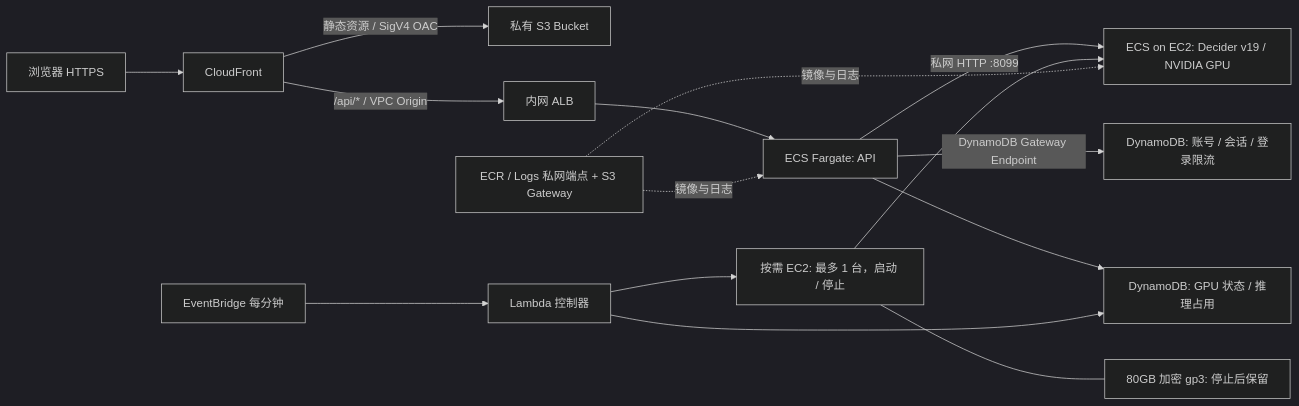
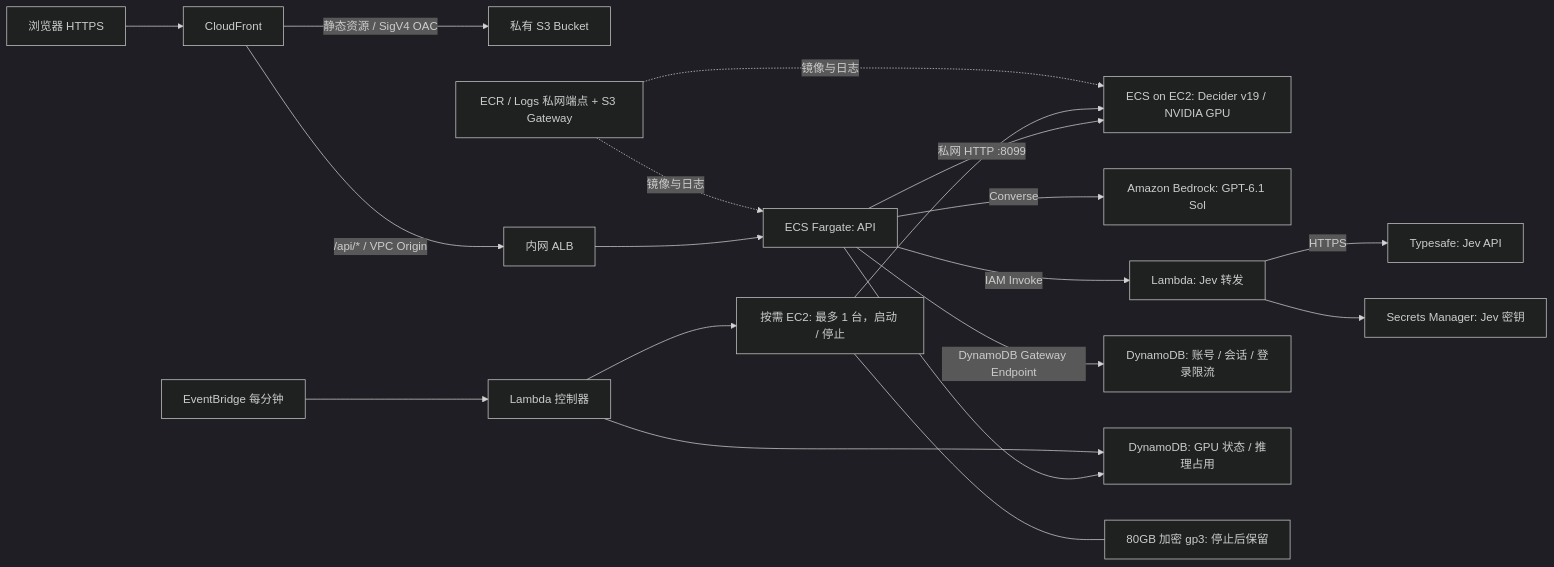
Before and after one commit to milan9527/StrandsDecider: the diagram in deployment/README.md, drawn with Mermaid (dark theme). The commit also changed other lines of this file and 34 other files, not shown here.

Commit message:
Compare Decider, Jev, and GPT with verified benchmarks and outcomes

````diff
--- a/deployment/README.md
+++ b/deployment/README.md
@@ -13,17 +15,21 @@
 ```mermaid
 flowchart LR
     Browser[浏览器 HTTPS] --> CF[CloudFront]
     CF -->|静态资源 / SigV4 OAC| S3[私有 S3 Bucket]
     CF -->|/api/* / VPC Origin| ALB[内网 ALB]
     ALB --> API[ECS Fargate: API]
     API -->|私网 HTTP :8099| Model[ECS on EC2: Decider v19 / NVIDIA GPU]
+    API -->|Converse| Bedrock[Amazon Bedrock: GPT-6.1 Sol]
+    API -->|IAM Invoke| JevBridge[Lambda: Jev 转发]
+    JevBridge -->|HTTPS| Jev[Typesafe: Jev API]
+    JevBridge --> Secret[Secrets Manager: Jev 密钥]
     API -->|DynamoDB Gateway Endpoint| Auth[DynamoDB: 账号 / 会话 / 登录限流]
     API --> State[DynamoDB: GPU 状态 / 推理占用]
     Timer[EventBridge 每分钟] --> Controller[Lambda 控制器]
     Controller --> State
     Controller --> EC2[按需 EC2: 最多 1 台，启动 / 停止]
     EC2 --> Model
     EC2 --- EBS[80GB 加密 gp3: 停止后保留]
     Endpoints[ECR / Logs 私网端点 + S3 Gateway] -.镜像与日志.-> API
     Endpoints -.镜像与日志.-> Model
 ```
````
